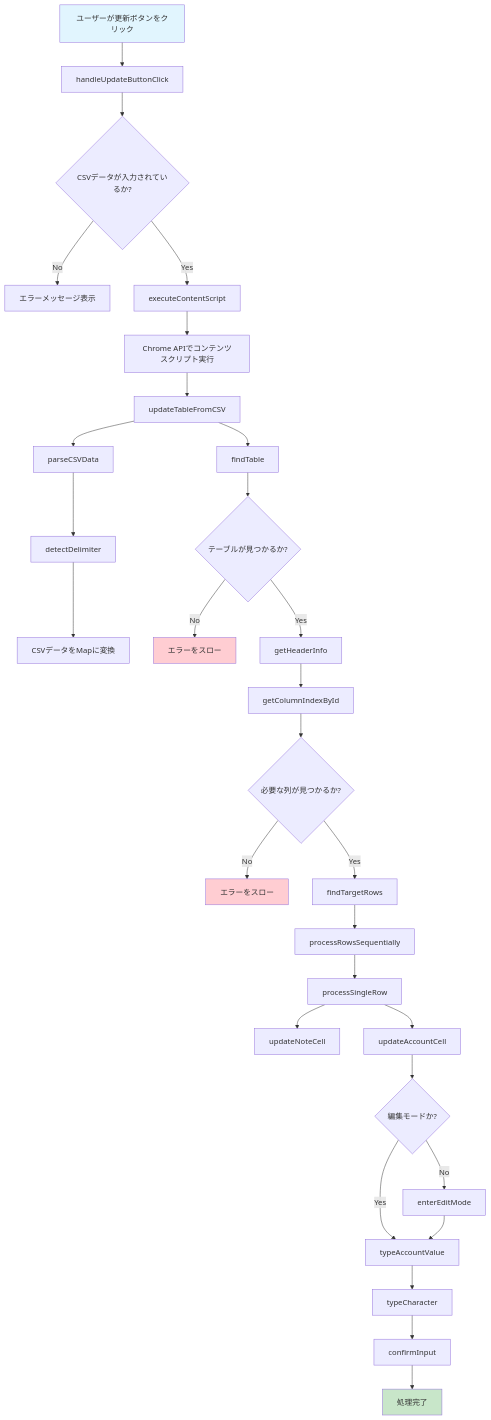
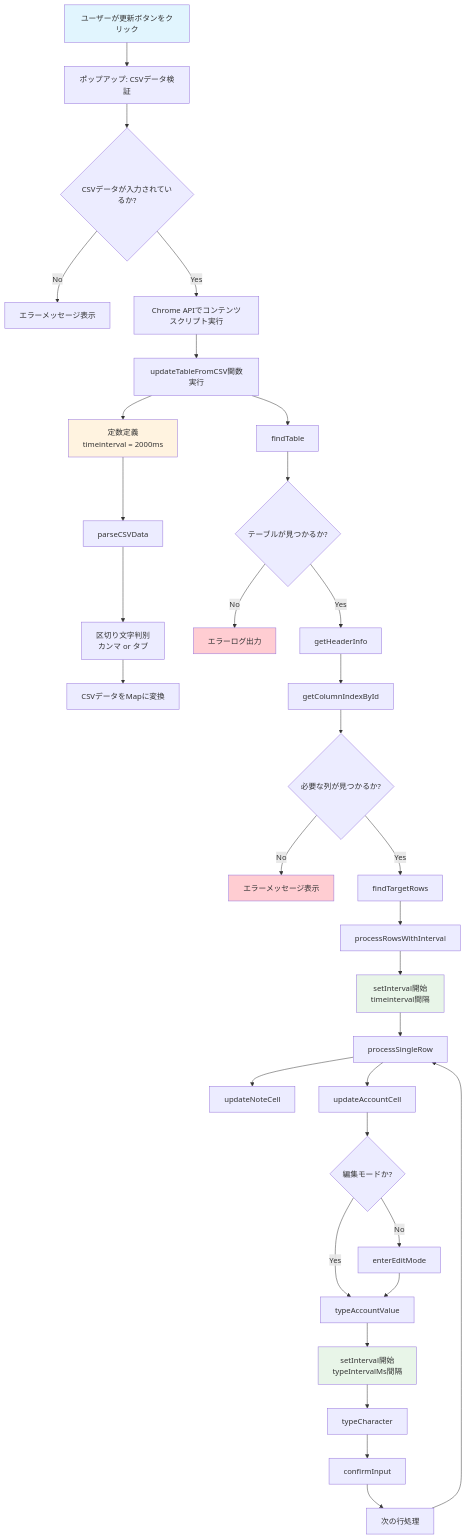
Before and after one commit to Masayuki-Kanai/tableRule-import: the first of 7 diagrams in architecture.md, drawn with Mermaid. The commit also changed other lines of this file and 2 other files, not shown here.

````diff
--- a/architecture.md
+++ b/architecture.md
@@ -5,42 +5,47 @@
 ```mermaid
 flowchart TD
-    A[ユーザーが更新ボタンをクリック] --> B[handleUpdateButtonClick]
+    A[ユーザーが更新ボタンをクリック] --> B[ポップアップ: CSVデータ検証]
     B --> C{CSVデータが入力されているか?}
     C -->|No| D[エラーメッセージ表示]
-    C -->|Yes| E[executeContentScript]
-    E --> F[Chrome APIでコンテンツスクリプト実行]
-    F --> G[updateTableFromCSV]
+    C -->|Yes| E[Chrome APIでコンテンツスクリプト実行]
+    E --> F[updateTableFromCSV関数実行]
     
+    F --> G[定数定義<br/>timeinterval = 2000ms]
     G --> H[parseCSVData]
-    H --> I[detectDelimiter]
+    H --> I[区切り文字判別<br/>カンマ or タブ]
     I --> J[CSVデータをMapに変換]
     
-    G --> K[findTable]
+    F --> K[findTable]
     K --> L{テーブルが見つかるか?}
-    L -->|No| M[エラーをスロー]
+    L -->|No| M[エラーログ出力]
     L -->|Yes| N[getHeaderInfo]
     
     N --> O[getColumnIndexById]
     O --> P{必要な列が見つかるか?}
-    P -->|No| Q[エラーをスロー]
+    P -->|No| Q[エラーメッセージ表示]
     P -->|Yes| R[findTargetRows]
     
-    R --> S[processRowsSequentially]
-    S --> T[processSingleRow]
-    T --> U[updateNoteCell]
-    T --> V[updateAccountCell]
+    R --> S[processRowsWithInterval]
+    S --> T[setInterval開始<br/>timeinterval間隔]
+    T --> U[processSingleRow]
+    U --> V[updateNoteCell]
+    U --> W[updateAccountCell]
     
-    V --> W{編集モードか?}
-    W -->|No| X[enterEditMode]
-    W -->|Yes| Y[typeAccountValue]
-    X --> Y
+    W --> X{編集モードか?}
+    X -->|No| Y[enterEditMode]
+    X -->|Yes| Z[typeAccountValue]
+    Y --> Z
     
-    Y --> Z[typeCharacter]
-    Z --> AA[confirmInput]
-    AA --> BB[処理完了]
+    Z --> AA[setInterval開始<br/>typeIntervalMs間隔]
+    AA --> BB[typeCharacter]
+    BB --> CC[confirmInput]
+    CC --> DD[次の行処理]
+    DD --> U
     
     style A fill:#e1f5fe
-    style BB fill:#c8e6c9
+    style G fill:#fff3e0
+    style T fill:#e8f5e8
+    style AA fill:#e8f5e8
     style M fill:#ffcdd2
     style Q fill:#ffcdd2
 ```
````
